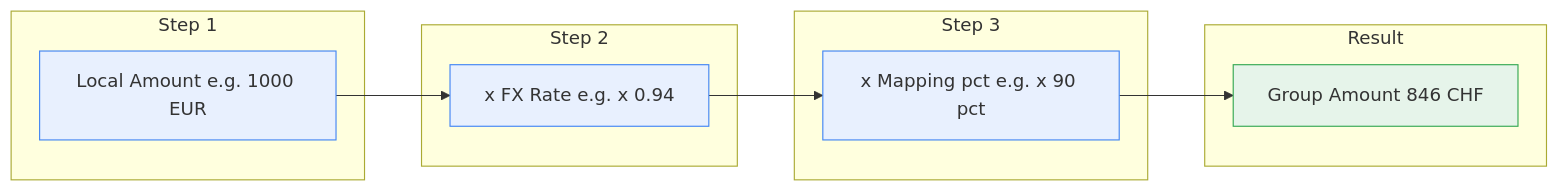
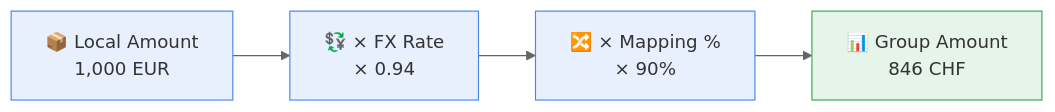
One commit to Systemorph/MeshWeaver changed the second of 3 diagrams in samples/Graph/Data/FutuRe/FxConversion.md. Above: the diagram before and after it, drawn with Mermaid. The commit also changed other lines of this file and 44 other files, not shown here.

````diff
--- a/samples/Graph/Data/FutuRe/FxConversion.md
+++ b/samples/Graph/Data/FutuRe/FxConversion.md
@@ -68,25 +101,12 @@
 ```mermaid
+%%{init: {'theme':'neutral'}}%%
 graph LR
-    subgraph Step 1
-        AMT[Local Amount e.g. 1000 EUR]
-    end
-
-    subgraph Step 2
-        FX[x FX Rate e.g. x 0.94]
-    end
-
-    subgraph Step 3
-        MAP[x Mapping pct e.g. x 90 pct]
-    end
-
-    subgraph Result
-        CHF[Group Amount 846 CHF]
-    end
-
-    AMT --> FX --> MAP --> CHF
+    AMT["📦 Local Amount\n1,000 EUR"] --> FX["💱 × FX Rate\n× 0.94"]
+    FX --> MAP["🔀 × Mapping %\n× 90%"]
+    MAP --> CHF["📊 Group Amount\n846 CHF"]
 
     classDef step fill:#e8f0fe,stroke:#4285f4,color:#333
     classDef result fill:#e6f4ea,stroke:#34a853,color:#333
     class AMT,FX,MAP step
     class CHF result
 ```
````
